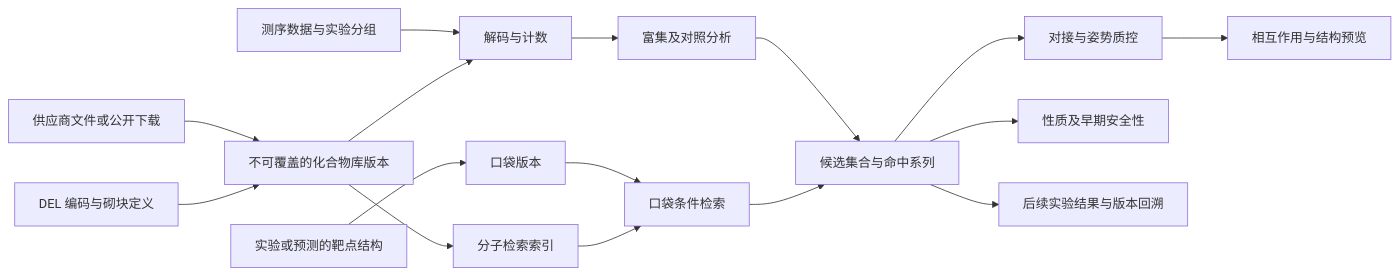
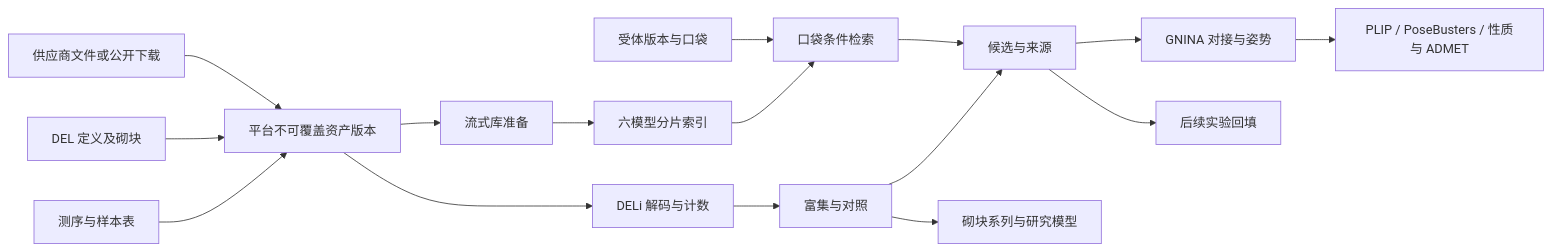
Before and after one commit to Victor-Xu-1/X-DDE: the diagram in docs/design/screening-and-del.md, drawn with Mermaid. The commit also changed other lines of this file and 7 other files, not shown here.

Commit message:
fix: open retained 3D candidates and document verified screening and DEL implementation

````diff
--- a/docs/design/screening-and-del.md
+++ b/docs/design/screening-and-del.md
@@ -16,18 +34,18 @@
 ```mermaid
 flowchart LR
-  Supplier[供应商文件或公开下载] --> Library[不可覆盖的化合物库版本]
-  DELDefinition[DEL 编码与砌块定义] --> Library
-  Reads[测序数据与实验分组] --> Decode[解码与计数]
-  Library --> Decode
-  Decode --> Enrichment[富集及对照分析]
-  Enrichment --> Hits[候选集合与命中系列]
-  Structure[实验或预测的靶点结构] --> Pocket[口袋版本]
-  Library --> Index[分子检索索引]
-  Pocket --> Retrieve[口袋条件检索]
+  Files[供应商文件或公开下载] --> Assets[平台不可覆盖资产版本]
+  Definition[DEL 定义及砌块] --> Assets
+  Reads[测序与样本表] --> Assets
+  Assets --> Prepare[流式库准备]
+  Prepare --> Index[六模型分片索引]
+  Structure[受体版本与口袋] --> Retrieve[口袋条件检索]
   Index --> Retrieve
-  Retrieve --> Hits
-  Hits --> Dock[对接与姿势质控]
-  Hits --> Properties[性质及早期安全性]
-  Dock --> Interaction[相互作用与结构预览]
-  Hits --> Followup[后续实验结果与版本回溯]
+  Retrieve --> Candidates[候选与来源]
+  Assets --> Decode[DELi 解码与计数]
+  Decode --> Analysis[富集与对照]
+  Analysis --> Series[砌块系列与研究模型]
+  Analysis --> Candidates
+  Candidates --> Dock[GNINA 对接与姿势]
+  Dock --> Interpret[PLIP / PoseBusters / 性质与 ADMET]
+  Candidates --> Followup[后续实验回填]
 ```
````
